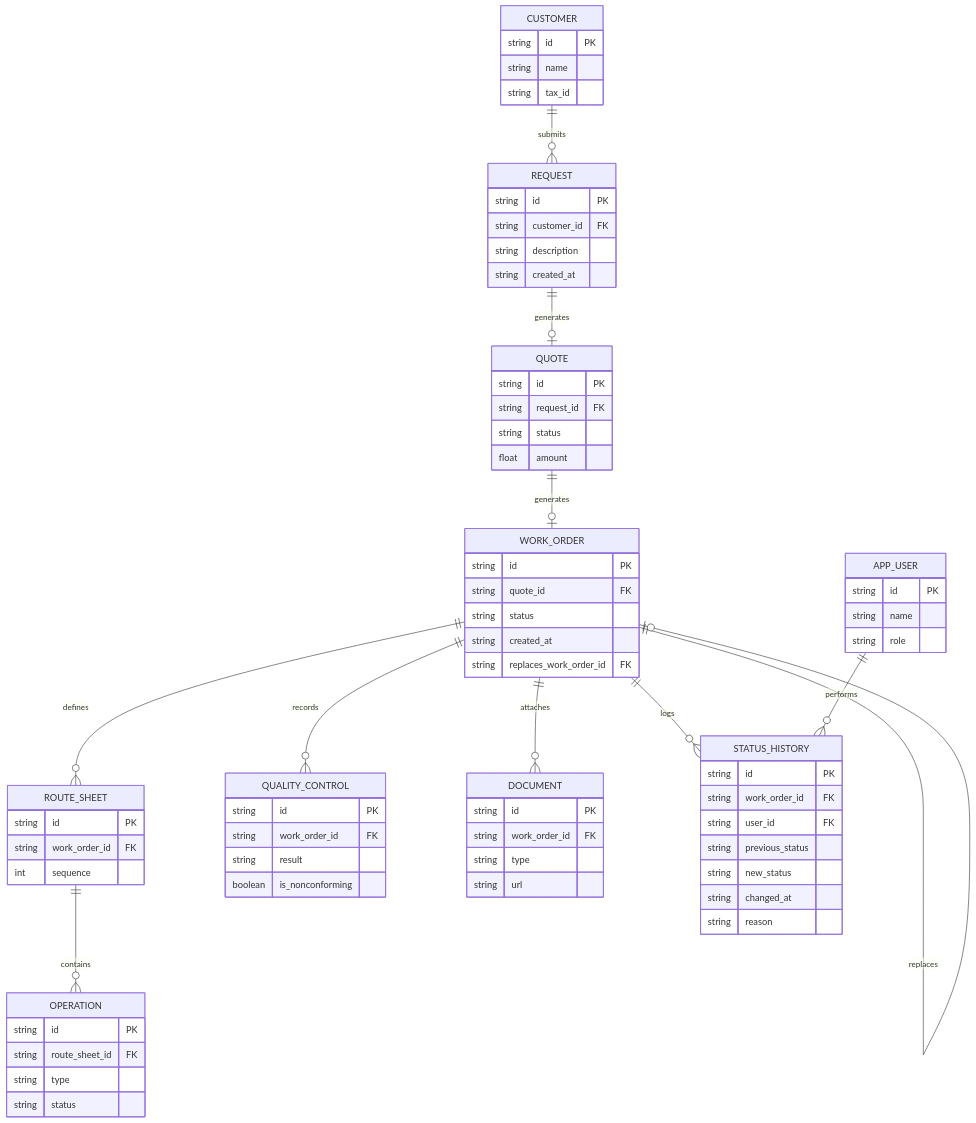
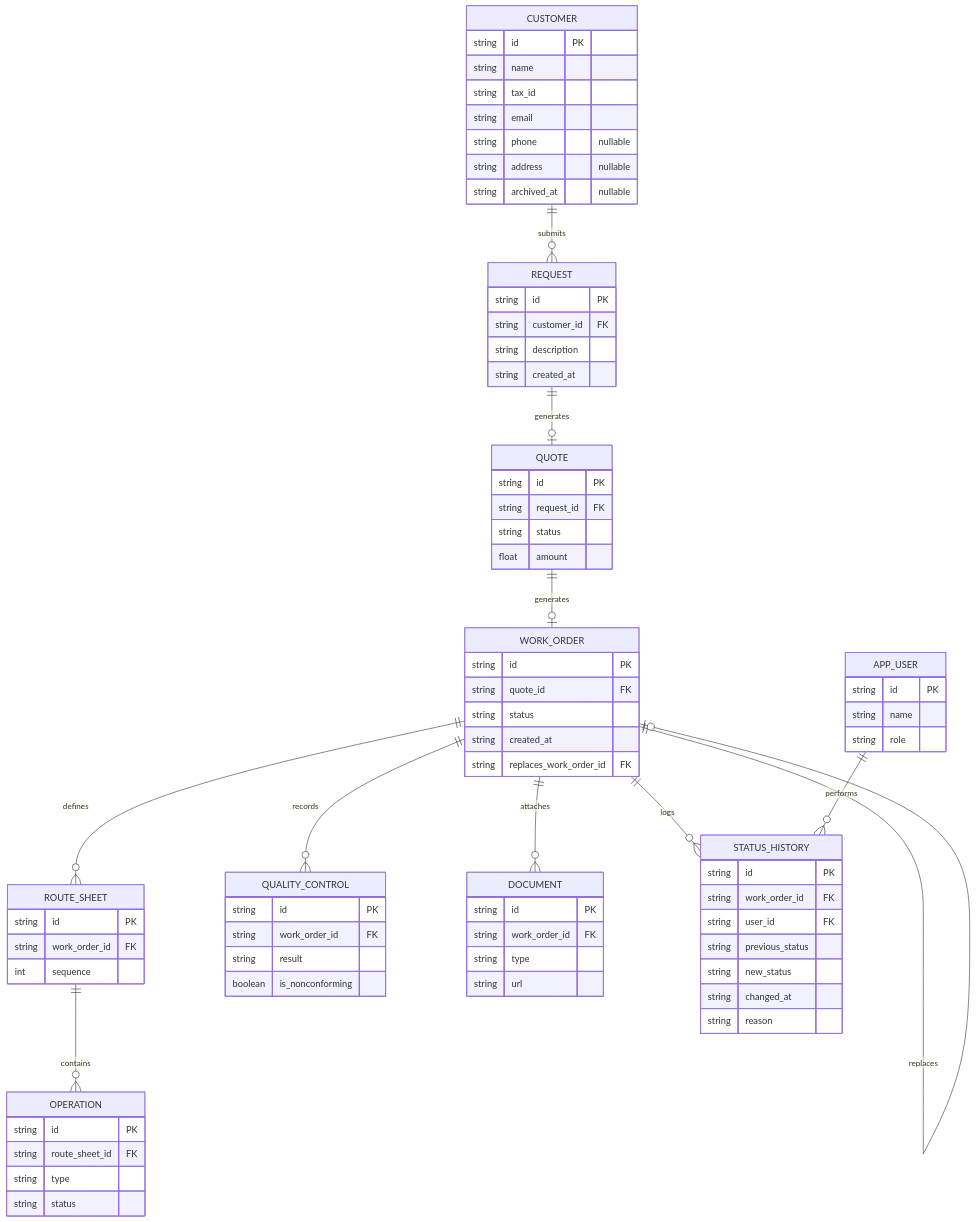
Before and after one commit to No-Country-simulation/S08-26-EQUIPO21-QualityTrack: the diagram in docs/architecture.md, drawn with Mermaid. The commit also changed other lines of this file and 3 other files, not shown here.

````diff
--- a/docs/architecture.md
+++ b/docs/architecture.md
@@ -12,75 +12,79 @@
 ```mermaid
 erDiagram
     CUSTOMER ||--o{ REQUEST : submits
     REQUEST ||--o| QUOTE : generates
     QUOTE ||--o| WORK_ORDER : generates
     WORK_ORDER ||--o{ ROUTE_SHEET : defines
     ROUTE_SHEET ||--o{ OPERATION : contains
     WORK_ORDER ||--o{ QUALITY_CONTROL : records
     WORK_ORDER ||--o{ DOCUMENT : attaches
     WORK_ORDER ||--o{ STATUS_HISTORY : logs
     WORK_ORDER ||--o| WORK_ORDER : replaces
     APP_USER ||--o{ STATUS_HISTORY : performs
 
     CUSTOMER {
         string id PK
         string name
         string tax_id
+        string email
+        string phone "nullable"
+        string address "nullable"
+        string archived_at "nullable"
     }
     REQUEST {
         string id PK
         string customer_id FK
         string description
         string created_at
     }
     QUOTE {
         string id PK
         string request_id FK
         string status
         float amount
     }
     WORK_ORDER {
         string id PK
         string quote_id FK
         string status
         string created_at
         string replaces_work_order_id FK
     }
     ROUTE_SHEET {
         string id PK
         string work_order_id FK
         int sequence
     }
     OPERATION {
         string id PK
         string route_sheet_id FK
         string type
         string status
     }
     QUALITY_CONTROL {
         string id PK
         string work_order_id FK
         string result
         boolean is_nonconforming
     }
     DOCUMENT {
         string id PK
         string work_order_id FK
         string type
         string url
     }
     STATUS_HISTORY {
         string id PK
         string work_order_id FK
         string user_id FK
         string previous_status
         string new_status
         string changed_at
         string reason
     }
     APP_USER {
         string id PK
         string name
         string role
     }
 ```
````
